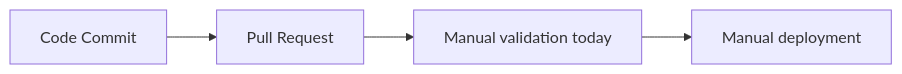
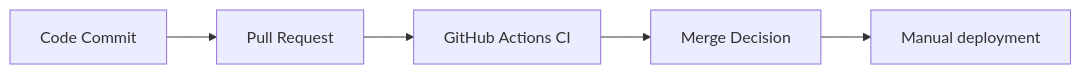
Diagram 16 of 16 in README.md (trishna0049/collab-editor), drawn with Mermaid before and after one commit. The commit also changed other lines of this file, not shown here.

````diff
--- a/README.md
+++ b/README.md
@@ -645,6 +695,7 @@
 ```mermaid
 flowchart LR
         Commit[Code Commit] --> PR[Pull Request]
-        PR --> Manual[Manual validation today]
-        Manual --> Deploy[Manual deployment]
+        PR --> CI[GitHub Actions CI]
+        CI --> Merge[Merge Decision]
+        Merge --> Deploy[Manual deployment]
 ```
````
